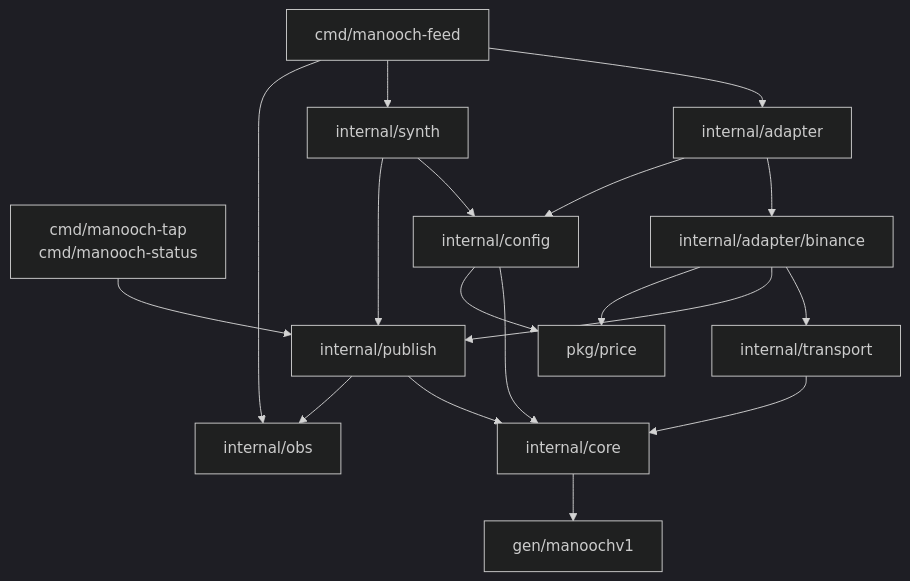
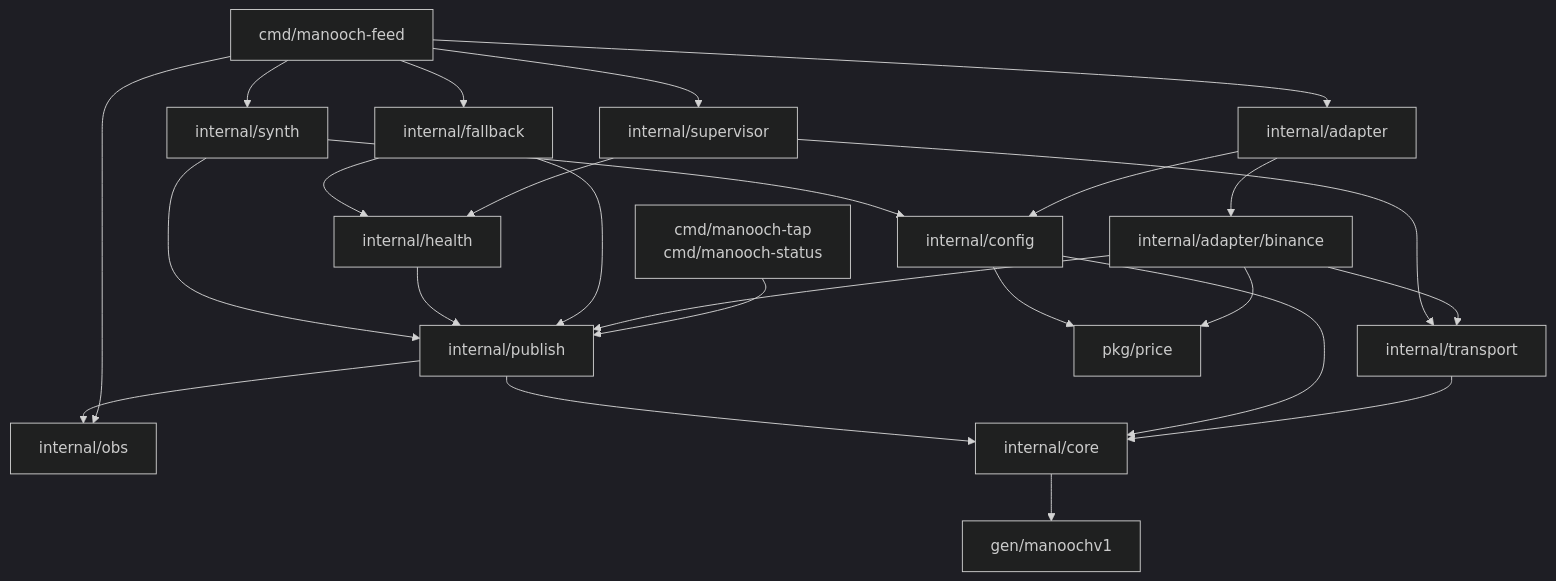
Before and after one commit to mrfatolahi1/Manooch: the first of 2 diagrams in docs/architecture.md, drawn with Mermaid (dark theme). The commit also changed other lines of this file and 10 other files, not shown here.

First line of the commit message:
docs: update architecture, transport and the rest for M2

````diff
--- a/docs/architecture.md
+++ b/docs/architecture.md
@@ -23,20 +42,27 @@
 ```mermaid
 graph TD
   feed["cmd/manooch-feed"] --> adapter["internal/adapter"]
+  feed --> supervisor["internal/supervisor"]
+  feed --> fallback["internal/fallback"]
   feed --> synth["internal/synth"]
   feed --> obs["internal/obs"]
   cli["cmd/manooch-tap<br/>cmd/manooch-status"] --> publish["internal/publish"]
   adapter --> binance["internal/adapter/binance"]
   adapter --> config["internal/config"]
   binance --> transport["internal/transport"]
   binance --> publish
   binance --> price["pkg/price"]
+  supervisor --> health["internal/health"]
+  supervisor --> transport
+  fallback --> health
+  fallback --> publish
+  health --> publish
   transport --> core["internal/core"]
   synth --> config
   synth --> publish
   config --> core
   config --> price
   publish --> core
   publish --> obs
   core --> gen["gen/manoochv1"]
 ```
````
